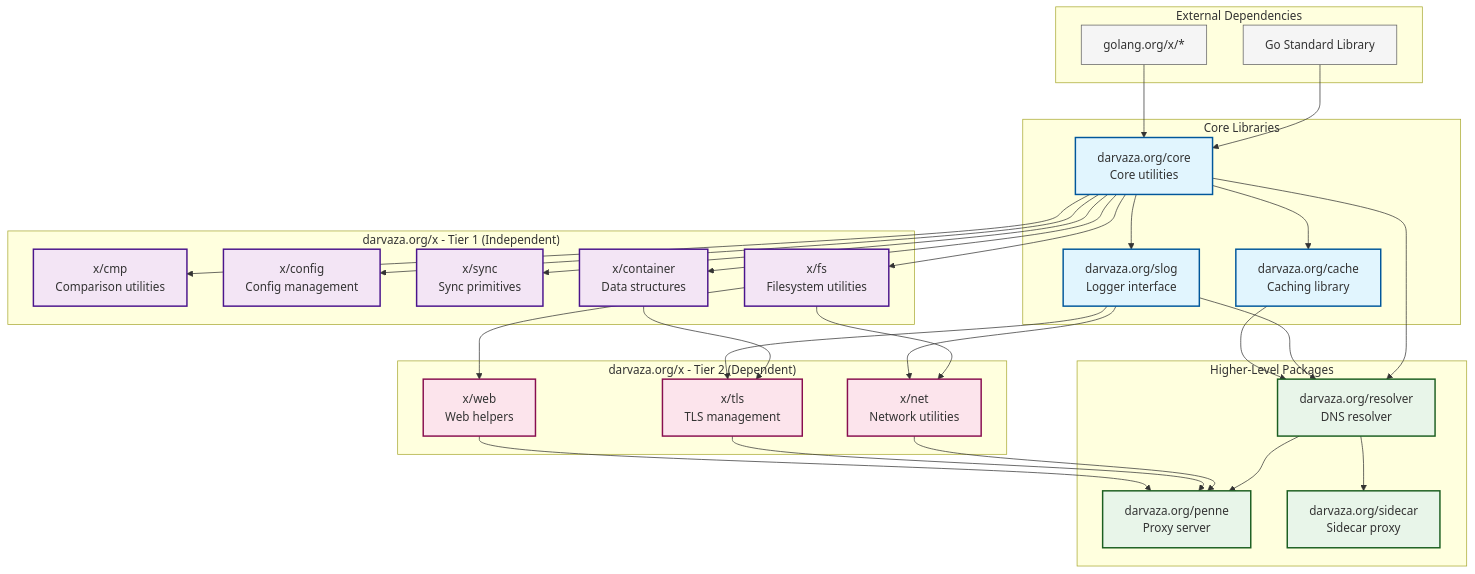
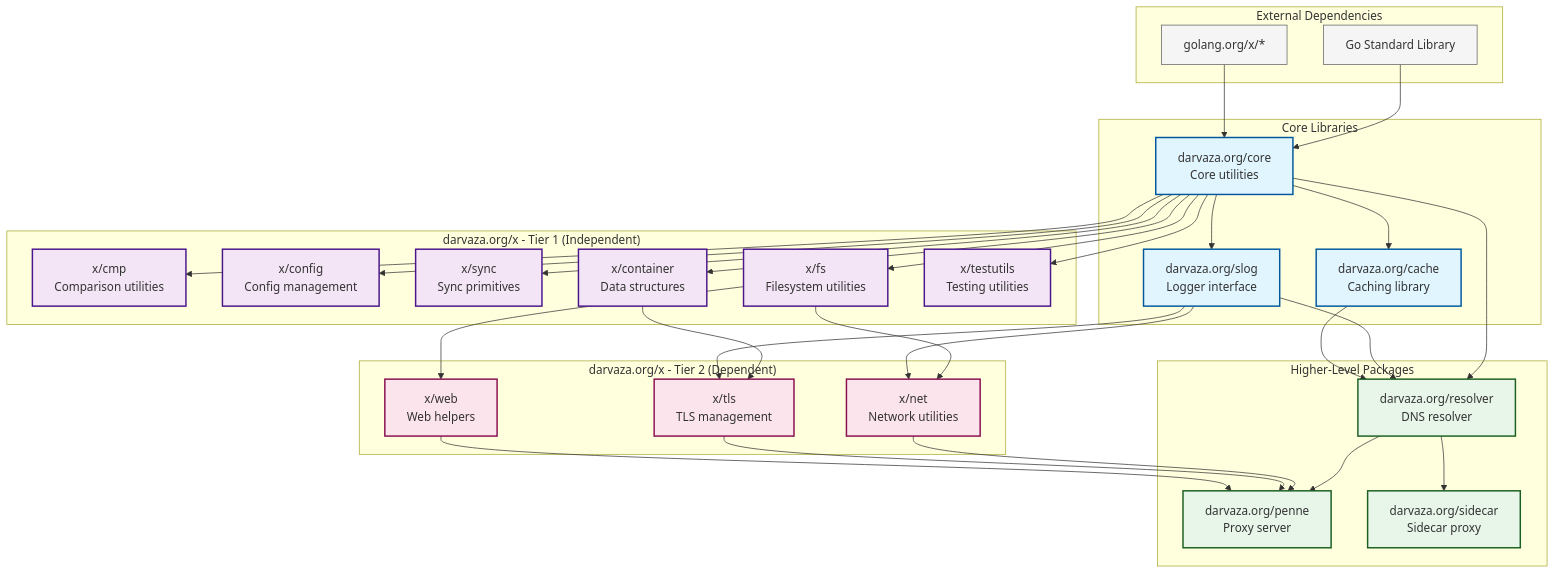
Before and after one commit to darvaza-proxy/x: the diagram in README.md, drawn with Mermaid. The commit also changed other lines of this file and 23 other files, not shown here.

First line of the commit message:
feat(testutils): add comprehensive generic testing framework

````diff
--- a/README.md
+++ b/README.md
@@ -83,76 +90,78 @@
 ```mermaid
 graph TB
     subgraph "External Dependencies"
         stdlib[Go Standard Library]
         ext[golang.org/x/*]
     end
 
     subgraph "Core Libraries"
         core[darvaza.org/core<br/>Core utilities]
         slog[darvaza.org/slog<br/>Logger interface]
         cache[darvaza.org/cache<br/>Caching library]
     end
 
     subgraph "darvaza.org/x - Tier 1 (Independent)"
         cmp[x/cmp<br/>Comparison utilities]
         config[x/config<br/>Config management]
         sync[x/sync<br/>Sync primitives]
         fs[x/fs<br/>Filesystem utilities]
         container[x/container<br/>Data structures]
+        testutils[x/testutils<br/>Testing utilities]
     end
 
     subgraph "darvaza.org/x - Tier 2 (Dependent)"
         net[x/net<br/>Network utilities]
         web[x/web<br/>Web helpers]
         tls[x/tls<br/>TLS management]
     end
 
     subgraph "Higher-Level Packages"
         resolver[darvaza.org/resolver<br/>DNS resolver]
         penne[darvaza.org/penne<br/>Proxy server]
         sidecar[darvaza.org/sidecar<br/>Sidecar proxy]
     end
 
     %% Core dependencies
     stdlib --> core
     ext --> core
     core --> slog
     core --> cache
 
     %% x/ Tier 1 dependencies
     core --> cmp
     core --> config
     core --> sync
     core --> fs
     core --> container
+    core --> testutils
 
     %% x/ Tier 2 dependencies
     fs --> net
     fs --> web
     container --> tls
     slog --> net
     slog --> tls
 
     %% Higher-level dependencies
     core --> resolver
     slog --> resolver
     cache --> resolver
 
     resolver --> penne
     resolver --> sidecar
     net --> penne
     tls --> penne
     web --> penne
 
     classDef core fill:#e1f5fe,stroke:#01579b,stroke-width:2px
     classDef tier1 fill:#f3e5f5,stroke:#4a148c,stroke-width:2px
     classDef tier2 fill:#fce4ec,stroke:#880e4f,stroke-width:2px
     classDef external fill:#f5f5f5,stroke:#616161,stroke-width:1px
     classDef highlevel fill:#e8f5e9,stroke:#1b5e20,stroke-width:2px
 
     class core,slog,cache core
-    class cmp,config,sync,fs,container tier1
+    class cmp,config,sync,fs,container,testutils tier1
     class net,web,tls tier2
     class stdlib,ext external
     class resolver,penne,sidecar highlevel
 ```
````
